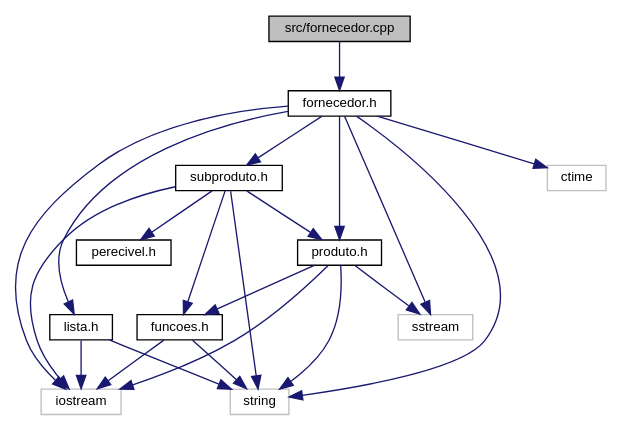
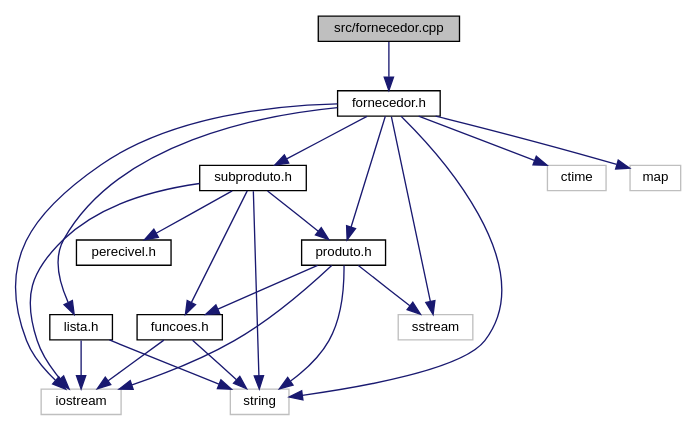
One commit to EduardoRique/Projeto3-lp1 changed the diagram in doc/fornecedor_8cpp__incl.dot. Above: the diagram before and after it, drawn with Graphviz. The commit also changed 101 other files, not shown here.

```diff
--- a/doc/fornecedor_8cpp__incl.dot
+++ b/doc/fornecedor_8cpp__incl.dot
@@ -1,37 +1,39 @@
 digraph "src/fornecedor.cpp"
 {
   edge [fontname="Helvetica",fontsize="10",labelfontname="Helvetica",labelfontsize="10"];
   node [fontname="Helvetica",fontsize="10",shape=record];
   Node1 [label="src/fornecedor.cpp",height=0.2,width=0.4,color="black", fillcolor="grey75", style="filled" fontcolor="black"];
   Node1 -> Node2 [color="midnightblue",fontsize="10",style="solid",fontname="Helvetica"];
   Node2 [label="fornecedor.h",height=0.2,width=0.4,color="black", fillcolor="white", style="filled",URL="$fornecedor_8h.html",tooltip="Definição da classe Fornecedor. "];
   Node2 -> Node3 [color="midnightblue",fontsize="10",style="solid",fontname="Helvetica"];
   Node3 [label="iostream",height=0.2,width=0.4,color="grey75", fillcolor="white", style="filled"];
   Node2 -> Node4 [color="midnightblue",fontsize="10",style="solid",fontname="Helvetica"];
   Node4 [label="ctime",height=0.2,width=0.4,color="grey75", fillcolor="white", style="filled"];
   Node2 -> Node5 [color="midnightblue",fontsize="10",style="solid",fontname="Helvetica"];
-  Node5 [label="string",height=0.2,width=0.4,color="grey75", fillcolor="white", style="filled"];
+  Node5 [label="map",height=0.2,width=0.4,color="grey75", fillcolor="white", style="filled"];
   Node2 -> Node6 [color="midnightblue",fontsize="10",style="solid",fontname="Helvetica"];
-  Node6 [label="sstream",height=0.2,width=0.4,color="grey75", fillcolor="white", style="filled"];
+  Node6 [label="string",height=0.2,width=0.4,color="grey75", fillcolor="white", style="filled"];
   Node2 -> Node7 [color="midnightblue",fontsize="10",style="solid",fontname="Helvetica"];
-  Node7 [label="produto.h",height=0.2,width=0.4,color="black", fillcolor="white", style="filled",URL="$produto_8h.html",tooltip="Definição da classe Produto. "];
-  Node7 -> Node3 [color="midnightblue",fontsize="10",style="solid",fontname="Helvetica"];
-  Node7 -> Node5 [color="midnightblue",fontsize="10",style="solid",fontname="Helvetica"];
-  Node7 -> Node6 [color="midnightblue",fontsize="10",style="solid",fontname="Helvetica"];
-  Node7 -> Node8 [color="midnightblue",fontsize="10",style="solid",fontname="Helvetica"];
-  Node8 [label="funcoes.h",height=0.2,width=0.4,color="black", fillcolor="white", style="filled",URL="$funcoes_8h.html",tooltip="Arquivo de cabeçalho com a definição de funções auxiliares para a entrada de dados. "];
+  Node7 [label="sstream",height=0.2,width=0.4,color="grey75", fillcolor="white", style="filled"];
+  Node2 -> Node8 [color="midnightblue",fontsize="10",style="solid",fontname="Helvetica"];
+  Node8 [label="produto.h",height=0.2,width=0.4,color="black", fillcolor="white", style="filled",URL="$produto_8h.html",tooltip="Definição da classe Produto. "];
   Node8 -> Node3 [color="midnightblue",fontsize="10",style="solid",fontname="Helvetica"];
-  Node8 -> Node5 [color="midnightblue",fontsize="10",style="solid",fontname="Helvetica"];
-  Node2 -> Node9 [color="midnightblue",fontsize="10",style="solid",fontname="Helvetica"];
-  Node9 [label="subproduto.h",height=0.2,width=0.4,color="black", fillcolor="white", style="filled",URL="$subproduto_8h.html",tooltip="Definição das classe derivadas de Produto. "];
+  Node8 -> Node6 [color="midnightblue",fontsize="10",style="solid",fontname="Helvetica"];
+  Node8 -> Node7 [color="midnightblue",fontsize="10",style="solid",fontname="Helvetica"];
+  Node8 -> Node9 [color="midnightblue",fontsize="10",style="solid",fontname="Helvetica"];
+  Node9 [label="funcoes.h",height=0.2,width=0.4,color="black", fillcolor="white", style="filled",URL="$funcoes_8h.html",tooltip="Arquivo de cabeçalho com a definição de funções auxiliares para a entrada de dados. "];
   Node9 -> Node3 [color="midnightblue",fontsize="10",style="solid",fontname="Helvetica"];
-  Node9 -> Node5 [color="midnightblue",fontsize="10",style="solid",fontname="Helvetica"];
-  Node9 -> Node7 [color="midnightblue",fontsize="10",style="solid",fontname="Helvetica"];
-  Node9 -> Node10 [color="midnightblue",fontsize="10",style="solid",fontname="Helvetica"];
-  Node10 [label="perecivel.h",height=0.2,width=0.4,color="black", fillcolor="white", style="filled",URL="$perecivel_8h.html",tooltip="Definição da classe Perecivel. "];
-  Node9 -> Node8 [color="midnightblue",fontsize="10",style="solid",fontname="Helvetica"];
-  Node2 -> Node11 [color="midnightblue",fontsize="10",style="solid",fontname="Helvetica"];
-  Node11 [label="lista.h",height=0.2,width=0.4,color="black", fillcolor="white", style="filled",URL="$lista_8h.html",tooltip="Definição da classe Lista. "];
-  Node11 -> Node3 [color="midnightblue",fontsize="10",style="solid",fontname="Helvetica"];
-  Node11 -> Node5 [color="midnightblue",fontsize="10",style="solid",fontname="Helvetica"];
+  Node9 -> Node6 [color="midnightblue",fontsize="10",style="solid",fontname="Helvetica"];
+  Node2 -> Node10 [color="midnightblue",fontsize="10",style="solid",fontname="Helvetica"];
+  Node10 [label="subproduto.h",height=0.2,width=0.4,color="black", fillcolor="white", style="filled",URL="$subproduto_8h.html",tooltip="Definição das classe derivadas de Produto. "];
+  Node10 -> Node3 [color="midnightblue",fontsize="10",style="solid",fontname="Helvetica"];
+  Node10 -> Node6 [color="midnightblue",fontsize="10",style="solid",fontname="Helvetica"];
+  Node10 -> Node8 [color="midnightblue",fontsize="10",style="solid",fontname="Helvetica"];
+  Node10 -> Node11 [color="midnightblue",fontsize="10",style="solid",fontname="Helvetica"];
+  Node11 [label="perecivel.h",height=0.2,width=0.4,color="black", fillcolor="white", style="filled",URL="$perecivel_8h.html",tooltip="Definição da classe Perecivel. "];
+  Node10 -> Node9 [color="midnightblue",fontsize="10",style="solid",fontname="Helvetica"];
+  Node2 -> Node12 [color="midnightblue",fontsize="10",style="solid",fontname="Helvetica"];
+  Node12 [label="lista.h",height=0.2,width=0.4,color="black", fillcolor="white", style="filled",URL="$lista_8h.html",tooltip="Definição da classe Lista. "];
+  Node12 -> Node3 [color="midnightblue",fontsize="10",style="solid",fontname="Helvetica"];
+  Node12 -> Node6 [color="midnightblue",fontsize="10",style="solid",fontname="Helvetica"];
 }
```
